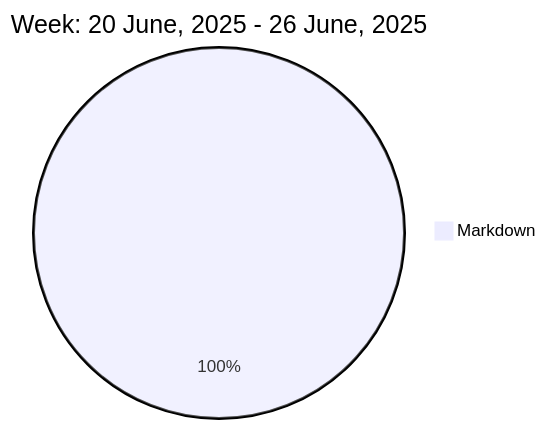
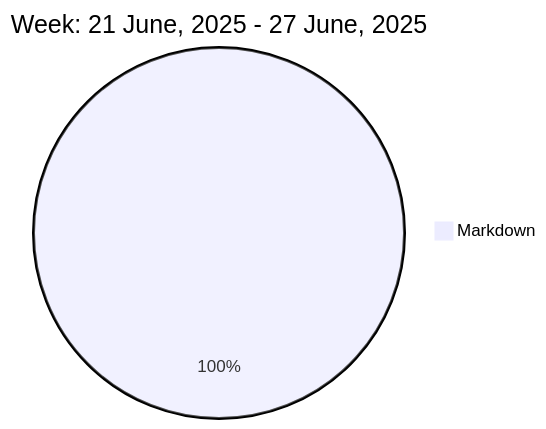
One commit to liubin95/liubin95 changed the diagram in README.md. Above: the diagram before and after it, drawn with Mermaid.

Commit message:
Updated the Graph with new Metrics

````diff
--- a/README.md
+++ b/README.md
@@ -37,5 +37,5 @@
 ```mermaid
  pie
-title Week: 20 June, 2025 - 26 June, 2025
- "Markdown" : 3.55
+title Week: 21 June, 2025 - 27 June, 2025
+ "Markdown" : 2.95
 ```
````
